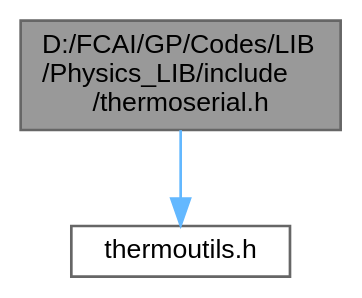
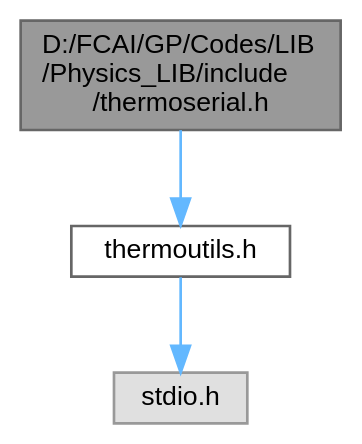
The diagram in thermoserial_8h__incl.dot (Computational-science-based-on-HPC/Computational-science-based-on-HPC.github.i), drawn with Graphviz before and after one commit. The commit also changed 30 other files, not shown here.

```diff
--- a/thermoserial_8h__incl.dot
+++ b/thermoserial_8h__incl.dot
@@ -1,10 +1,12 @@
 digraph "D:/FCAI/GP/Codes/LIB/Physics_LIB/include/thermoserial.h"
 {
  // LATEX_PDF_SIZE
   bgcolor="transparent";
   edge [fontname=Helvetica,fontsize=10,labelfontname=Helvetica,labelfontsize=10];
   node [fontname=Helvetica,fontsize=10,shape=box,height=0.2,width=0.4];
-  Node1 [id="Node000001",label="D:/FCAI/GP/Codes/LIB\l/Physics_LIB/include\l/thermoserial.h",height=0.2,width=0.4,color="gray40", fillcolor="grey60", style="filled", fontcolor="black",tooltip=" "];
+  Node1 [id="Node000001",label="D:/FCAI/GP/Codes/LIB\l/Physics_LIB/include\l/thermoserial.h",height=0.2,width=0.4,color="gray40", fillcolor="grey60", style="filled", fontcolor="black",tooltip="This file contains the implementation of the serial version of the heat transfer simulation in 1D and..."];
   Node1 -> Node2 [id="edge1_Node000001_Node000002",color="steelblue1",style="solid",tooltip=" "];
   Node2 [id="Node000002",label="thermoutils.h",height=0.2,width=0.4,color="grey40", fillcolor="white", style="filled",URL="$thermoutils_8h.html",tooltip=" "];
+  Node2 -> Node3 [id="edge2_Node000002_Node000003",color="steelblue1",style="solid",tooltip=" "];
+  Node3 [id="Node000003",label="stdio.h",height=0.2,width=0.4,color="grey60", fillcolor="#E0E0E0", style="filled",tooltip=" "];
 }
```
